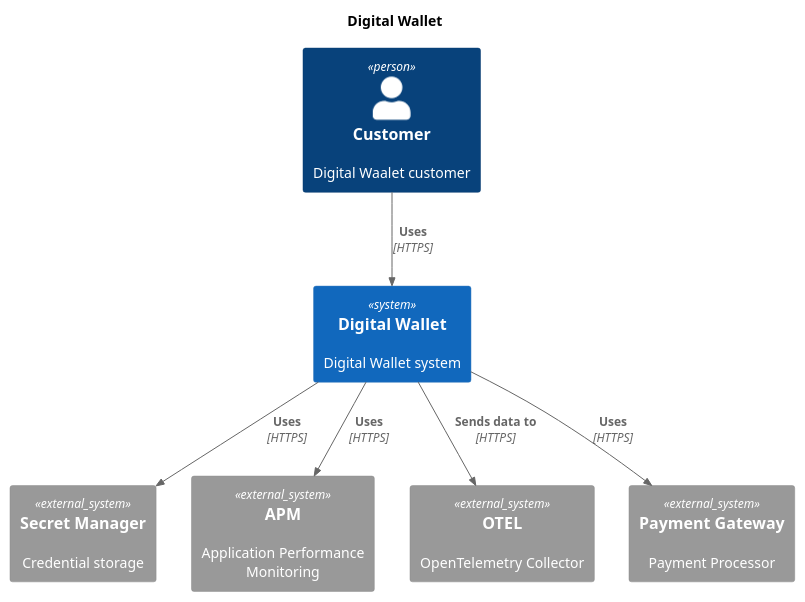
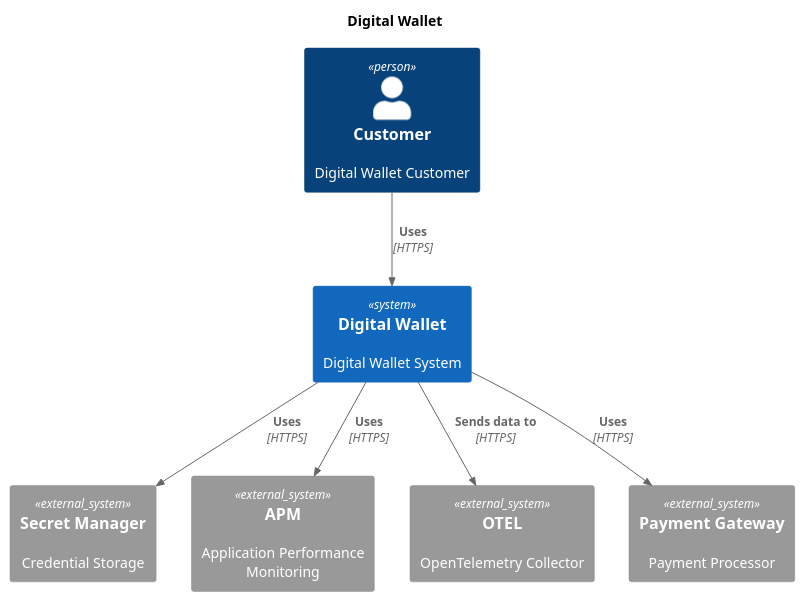
The diagram in c4/context.puml (guipalm4/digital-wallet), drawn with PlantUML before and after one commit. The commit also changed 1 other file, not shown here.

Commit message:
fix: C4 diagram

```diff
--- a/c4/context.puml
+++ b/c4/context.puml
@@ -1,18 +1,18 @@
 @startuml
 !include https://raw.githubusercontent.com/plantuml-stdlib/C4-PlantUML/master/C4_Context.puml
 
 title Digital Wallet
 
-Person(customer, "Customer", "Digital Waalet customer")
-System(wallet, "Digital Wallet", "Digital Wallet system")
-System_Ext(secret_manager, "Secret Manager", "Credential storage")
+Person(customer, "Customer", "Digital Wallet Customer")
+System(wallet, "Digital Wallet", "Digital Wallet System")
+System_Ext(secret_manager, "Secret Manager", "Credential Storage")
 System_Ext(apm, "APM", "Application Performance Monitoring")
 System_Ext(colect, "OTEL", "OpenTelemetry Collector")
 System_Ext(payment_gateway, "Payment Gateway", "Payment Processor")
 
 Rel(customer, wallet, "Uses", "HTTPS")
 Rel(wallet, secret_manager, "Uses", "HTTPS")
 Rel(wallet, apm, "Uses", "HTTPS")
 Rel(wallet, colect, "Sends data to", "HTTPS")
 Rel(wallet, payment_gateway, "Uses", "HTTPS")
 @enduml
```
